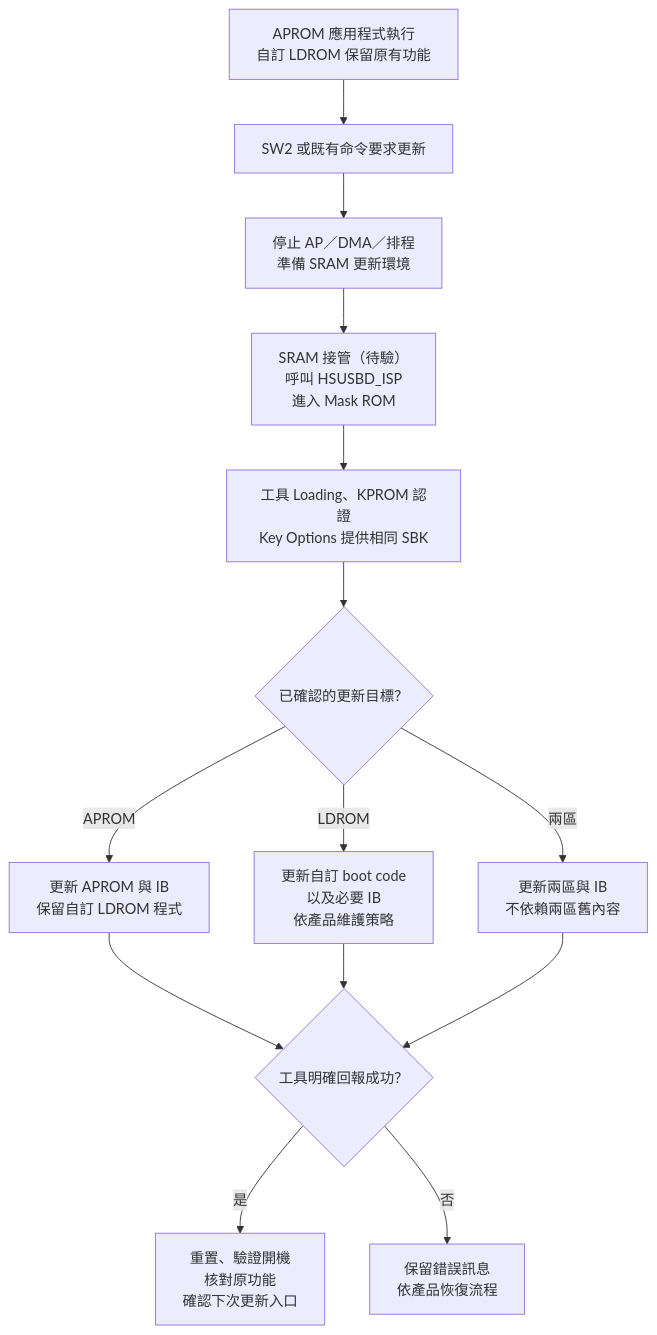
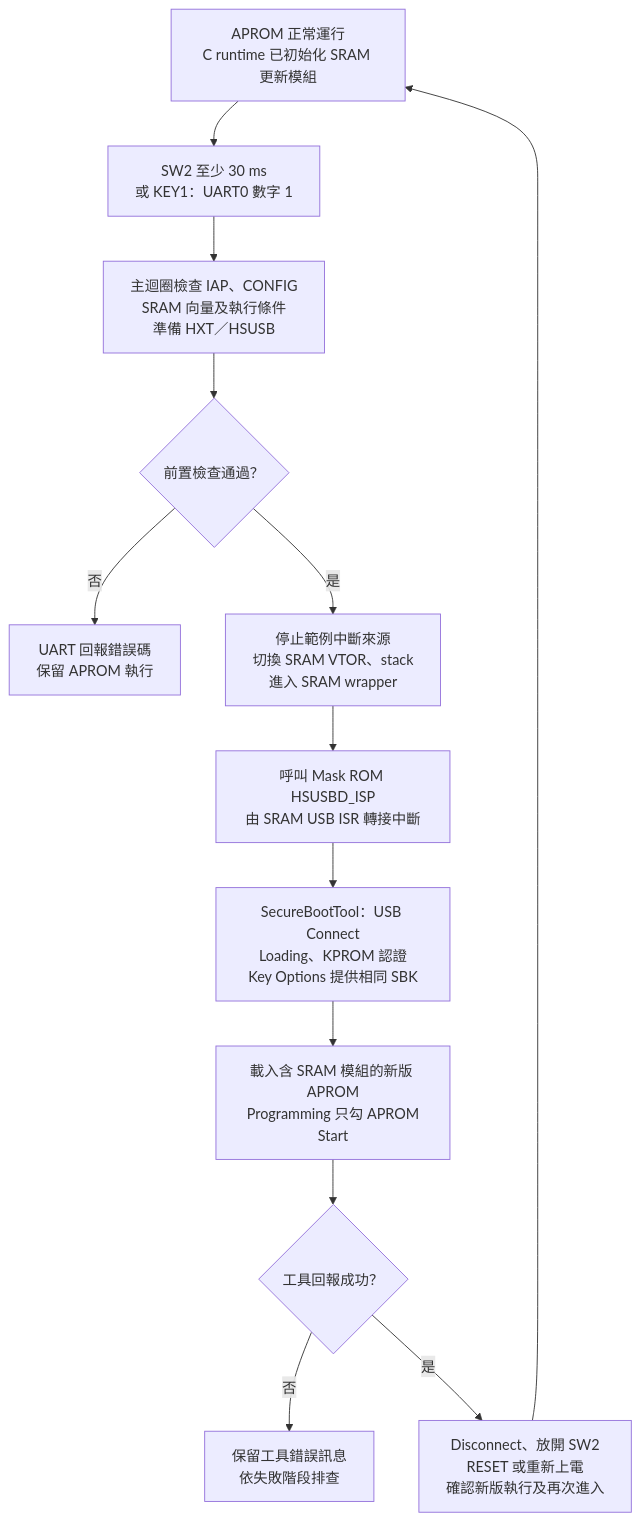
One commit to released/slide_Nuvoton_secure_boot_operation_M480 changed the third of 3 diagrams in index.md. Above: the diagram before and after it, drawn with Mermaid. The commit also changed other lines of this file and 7 other files, not shown here.

````diff
--- a/index.md
+++ b/index.md
@@ -303,16 +452,15 @@
 ```mermaid
 flowchart TD
-    A["APROM 應用程式執行<br/>自訂 LDROM 保留原有功能"] --> B["SW2 或既有命令要求更新"]
-    B --> C["停止 AP／DMA／排程<br/>準備 SRAM 更新環境"]
-    C --> D["SRAM 接管（待驗）<br/>呼叫 HSUSBD_ISP<br/>進入 Mask ROM"]
-    D --> E["工具 Loading、KPROM 認證<br/>Key Options 提供相同 SBK"]
-    E --> F{"已確認的更新目標？"}
-    F -->|APROM| G["更新 APROM 與 IB<br/>保留自訂 LDROM 程式"]
-    F -->|LDROM| H["更新自訂 boot code<br/>以及必要 IB<br/>依產品維護策略"]
-    F -->|兩區| I["更新兩區與 IB<br/>不依賴兩區舊內容"]
-    G --> J{"工具明確回報成功？"}
-    H --> J
-    I --> J
-    J -->|是| K["重置、驗證開機<br/>核對原功能<br/>確認下次更新入口"]
-    J -->|否| X["保留錯誤訊息<br/>依產品恢復流程"]
+    A["APROM 正常運行<br/>C runtime 已初始化 SRAM 更新模組"] --> B["SW2 至少 30 ms<br/>或 KEY1：UART0 數字 1"]
+    B --> C["主迴圈檢查 IAP、CONFIG<br/>SRAM 向量及執行條件<br/>準備 HXT／HSUSB"]
+    C --> D{"前置檢查通過？"}
+    D -->|否| X["UART 回報錯誤碼<br/>保留 APROM 執行"]
+    D -->|是| E["停止範例中斷來源<br/>切換 SRAM VTOR、stack<br/>進入 SRAM wrapper"]
+    E --> F["呼叫 Mask ROM HSUSBD_ISP<br/>由 SRAM USB ISR 轉接中斷"]
+    F --> G["SecureBootTool：USB Connect<br/>Loading、KPROM 認證<br/>Key Options 提供相同 SBK"]
+    G --> H["載入含 SRAM 模組的新版 APROM<br/>Programming 只勾 APROM<br/>Start"]
+    H --> I{"工具回報成功？"}
+    I -->|否| Y["保留工具錯誤訊息<br/>依失敗階段排查"]
+    I -->|是| J["Disconnect、放開 SW2<br/>RESET 或重新上電<br/>確認新版執行及再次進入"]
+    J --> A
 ```
````
